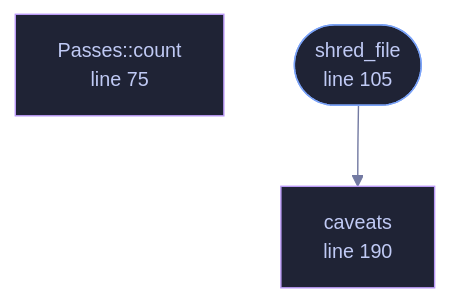
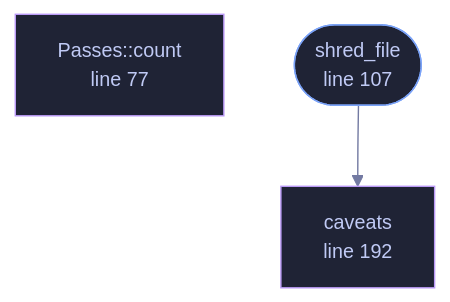
One commit to tilas01/veilvoice changed the diagram in docs/files/veilvoice-crypto/shred.md. Above: the diagram before and after it, drawn with Mermaid. The commit also changed other lines of this file and 528 other files, not shown here.

````diff
--- a/docs/files/veilvoice-crypto/shred.md
+++ b/docs/files/veilvoice-crypto/shred.md
@@ -107,15 +107,15 @@
 ```mermaid
 %%{init: {"theme":"base","themeVariables":{"background":"#1a1b26","primaryColor":"#1f2335","primaryTextColor":"#c0caf5","primaryBorderColor":"#7aa2f7","secondaryColor":"#16161e","tertiaryColor":"#16161e","lineColor":"#737aa2","textColor":"#c0caf5","mainBkg":"#1f2335","nodeBorder":"#7aa2f7","clusterBkg":"#16161e","clusterBorder":"#2f3549","fontFamily":"ui-monospace, SFMono-Regular, Consolas, monospace","fontSize":"14px"}}}%%
 flowchart TD
-    n_count["Passes::count<br/>line 75"]
-    n_shred_file(["shred_file<br/>line 105"])
-    n_caveats["caveats<br/>line 190"]
+    n_count["Passes::count<br/>line 77"]
+    n_shred_file(["shred_file<br/>line 107"])
+    n_caveats["caveats<br/>line 192"]
     n_shred_file --> n_caveats
-    click n_count href "https://github.com/tilas01/veilvoice/blob/main/crates/veilvoice-crypto/src/shred.rs#L75" "open the source"
-    click n_shred_file href "https://github.com/tilas01/veilvoice/blob/main/crates/veilvoice-crypto/src/shred.rs#L105" "open the source"
-    click n_caveats href "https://github.com/tilas01/veilvoice/blob/main/crates/veilvoice-crypto/src/shred.rs#L190" "open the source"
+    click n_count href "https://github.com/tilas01/veilvoice/blob/main/crates/veilvoice-crypto/src/shred.rs#L77" "open the source"
+    click n_shred_file href "https://github.com/tilas01/veilvoice/blob/main/crates/veilvoice-crypto/src/shred.rs#L107" "open the source"
+    click n_caveats href "https://github.com/tilas01/veilvoice/blob/main/crates/veilvoice-crypto/src/shred.rs#L192" "open the source"
     classDef entry fill:#1f2335,stroke:#7aa2f7,color:#c0caf5
     class n_shred_file entry
     classDef helper fill:#1f2335,stroke:#bb9af7,color:#c0caf5
     class n_count,n_caveats helper
 ```
````
